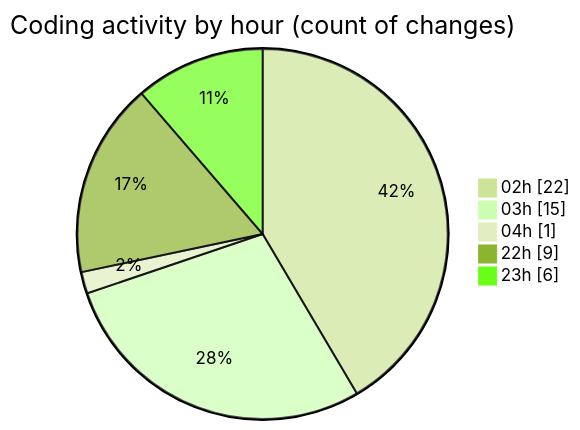
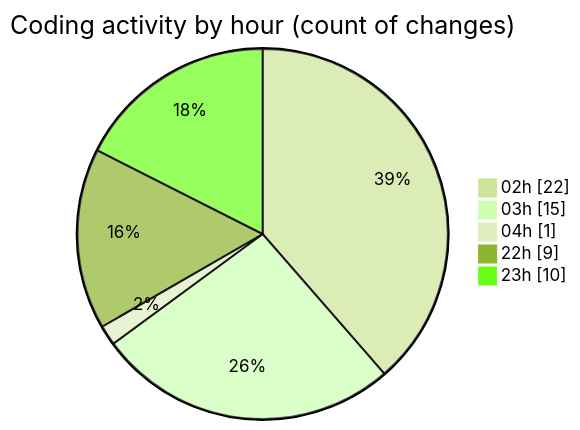
One commit to EIIisD/code-tracking changed the second of 2 diagrams in 2025-07-11/ribbon/README.md. Above: the diagram before and after it, drawn with Mermaid (forest theme). The commit also changed other lines of this file and 1 other file, not shown here.

````diff
--- a/2025-07-11/ribbon/README.md
+++ b/2025-07-11/ribbon/README.md
@@ -46,9 +47,9 @@
 ```mermaid
 pie showData
 title Coding activity by hour (count of changes)
 "02h" : 22
 "03h" : 15
 "04h" : 1
 "22h" : 9
-"23h" : 6
+"23h" : 10
 ```
````
